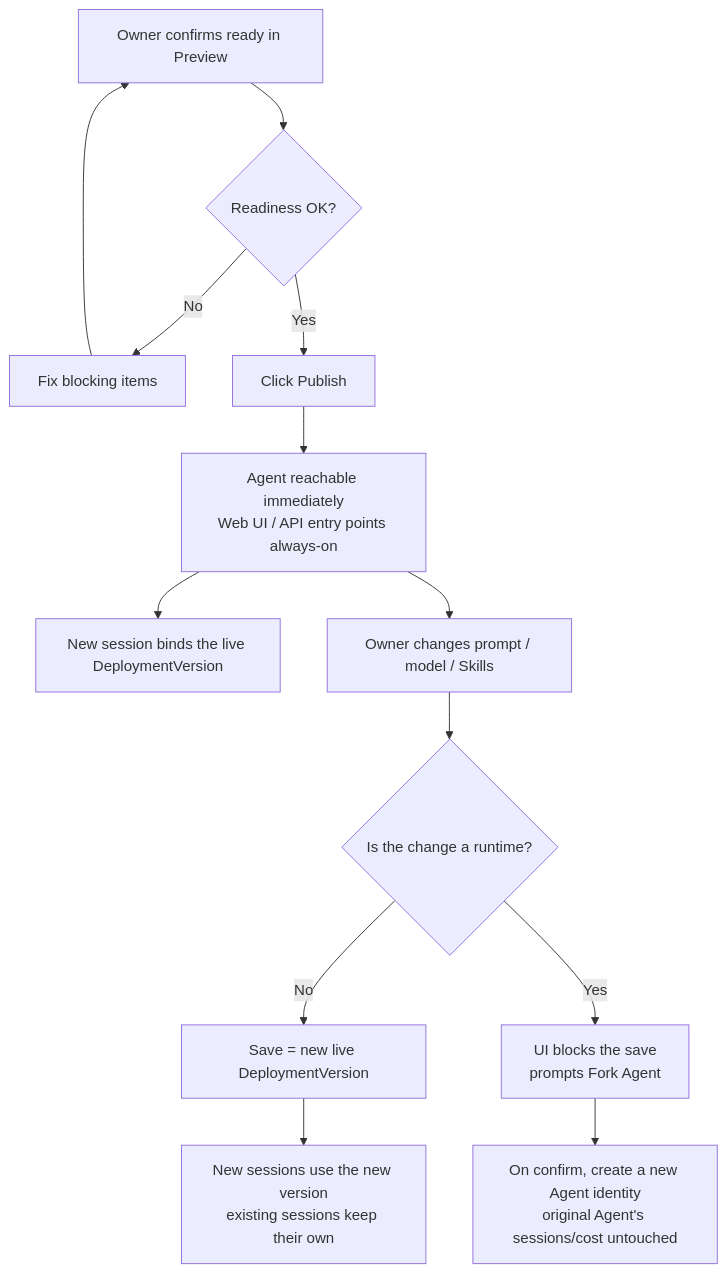
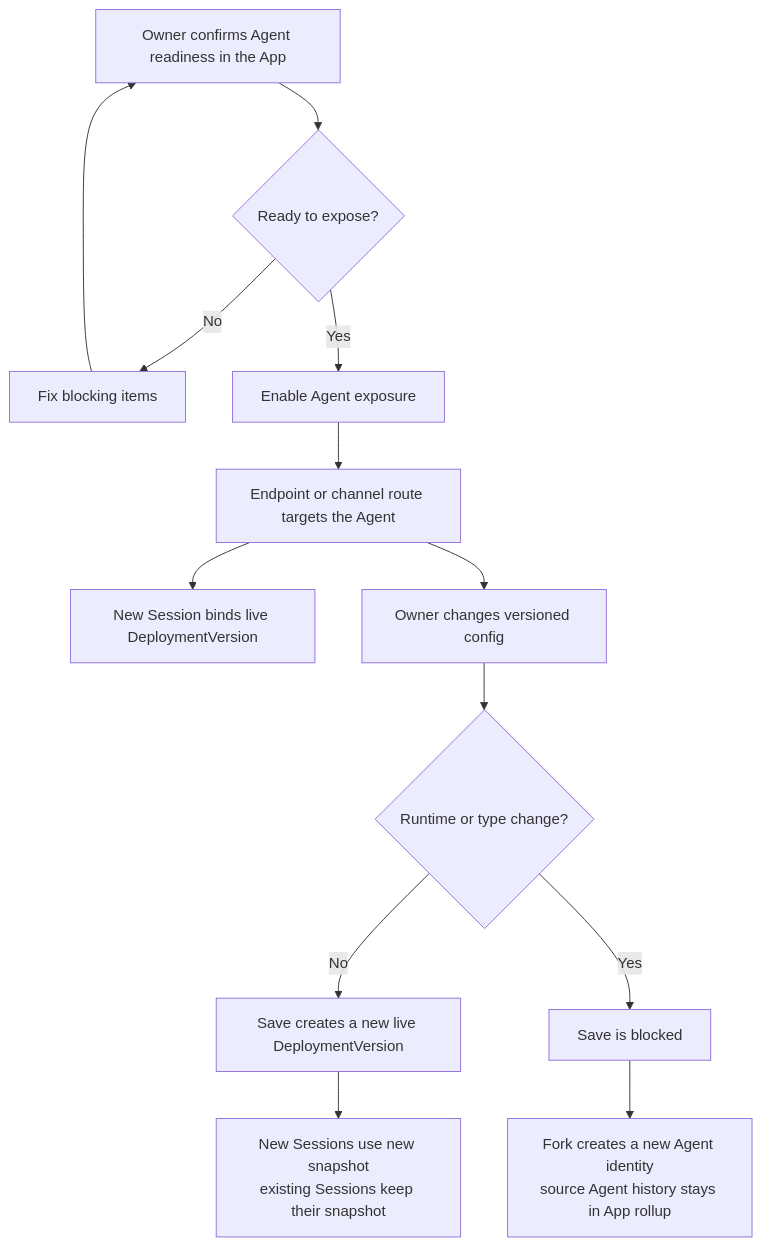
One commit to langgenius/mosoo changed the second of 2 diagrams in docs/prd/agent-service-identity.md. Above: the diagram before and after it, drawn with Mermaid. The commit also changed other lines of this file and 71 other files, not shown here.

````diff
--- a/docs/prd/agent-service-identity.md
+++ b/docs/prd/agent-service-identity.md
@@ -118,15 +131,15 @@
 ```mermaid
 flowchart TD
-  A["Owner confirms ready in Preview"] --> B{"Readiness OK?"}
+  A["Owner confirms Agent readiness in the App"] --> B{"Ready to expose?"}
   B -->|No| C["Fix blocking items"]
   C --> A
-  B -->|Yes| D["Click Publish"]
-  D --> E["Agent reachable immediately<br/>Web UI / API entry points always-on"]
-  E --> F["New session binds the live DeploymentVersion"]
-  E --> G["Owner changes prompt / model / Skills"]
-  G --> H{"Is the change a runtime?"}
-  H -->|No| I["Save = new live DeploymentVersion"]
-  I --> J["New sessions use the new version<br/>existing sessions keep their own"]
-  H -->|Yes| K["UI blocks the save<br/>prompts Fork Agent"]
-  K --> L["On confirm, create a new Agent identity<br/>original Agent's sessions/cost untouched"]
+  B -->|Yes| D["Enable Agent exposure"]
+  D --> E["Endpoint or channel route targets the Agent"]
+  E --> F["New Session binds live DeploymentVersion"]
+  E --> G["Owner changes versioned config"]
+  G --> H{"Runtime or type change?"}
+  H -->|No| I["Save creates a new live DeploymentVersion"]
+  I --> J["New Sessions use new snapshot<br/>existing Sessions keep their snapshot"]
+  H -->|Yes| K["Save is blocked"]
+  K --> L["Fork creates a new Agent identity<br/>source Agent history stays in App rollup"]
 ```
````
